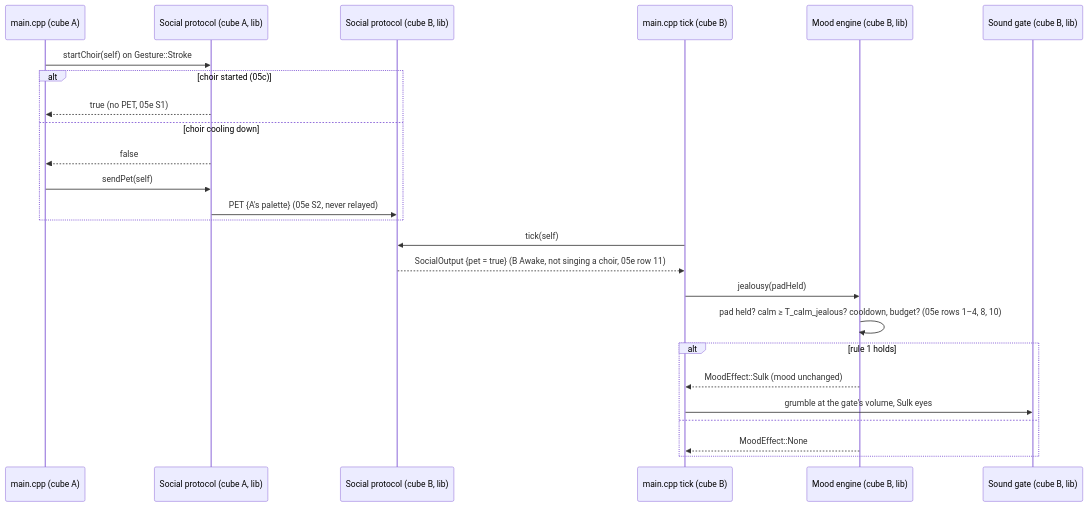
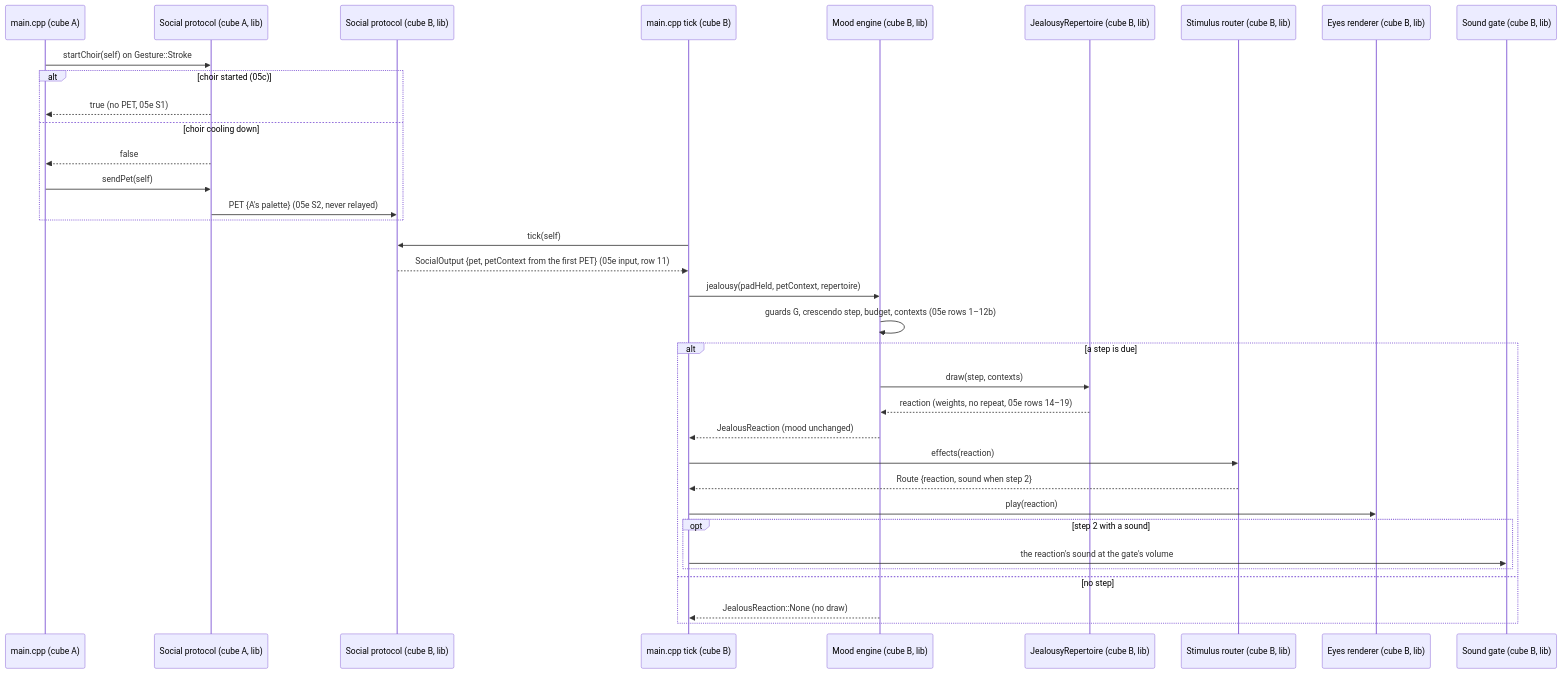
One commit to benoit-bremaud/cubbies changed the diagram in docs/architecture/diagrams/social-group/02e-sequence-jealousy.md. Above: the diagram before and after it, drawn with Mermaid. The commit also changed other lines of this file and 11 other files, not shown here.

First line of the commit message:
docs(social): G6a jealousy PDR with a context-driven repertoire (#86)

````diff
--- a/docs/architecture/diagrams/social-group/02e-sequence-jealousy.md
+++ b/docs/architecture/diagrams/social-group/02e-sequence-jealousy.md
@@ -18,28 +22,38 @@
 ```mermaid
 sequenceDiagram
   participant MA as main.cpp (cube A)
   participant SA as Social protocol (cube A, lib)
   participant SB as Social protocol (cube B, lib)
   participant MainB as main.cpp tick (cube B)
   participant MB as Mood engine (cube B, lib)
+  participant Rep as JealousyRepertoire (cube B, lib)
+  participant Router as Stimulus router (cube B, lib)
+  participant Eyes as Eyes renderer (cube B, lib)
   participant Gate as Sound gate (cube B, lib)
 
   MA->>SA: startChoir(self) on Gesture::Stroke
   alt choir started (05c)
     SA-->>MA: true (no PET, 05e S1)
   else choir cooling down
     SA-->>MA: false
     MA->>SA: sendPet(self)
     SA->>SB: PET {A's palette} (05e S2, never relayed)
   end
   MainB->>SB: tick(self)
-  SB-->>MainB: SocialOutput {pet = true} (B Awake, not singing a choir, 05e row 11)
-  MainB->>MB: jealousy(padHeld)
-  MB->>MB: pad held? calm ≥ T_calm_jealous? cooldown, budget? (05e rows 1–4, 8, 10)
-  alt rule 1 holds
-    MB-->>MainB: MoodEffect::Sulk (mood unchanged)
-    MainB->>Gate: grumble at the gate's volume, Sulk eyes
-  else
-    MB-->>MainB: MoodEffect::None
+  SB-->>MainB: SocialOutput {pet, petContext from the first PET} (05e input, row 11)
+  MainB->>MB: jealousy(padHeld, petContext, repertoire)
+  MB->>MB: guards G, crescendo step, budget, contexts (05e rows 1–12b)
+  alt a step is due
+    MB->>Rep: draw(step, contexts)
+    Rep-->>MB: reaction (weights, no repeat, 05e rows 14–19)
+    MB-->>MainB: JealousReaction (mood unchanged)
+    MainB->>Router: effects(reaction)
+    Router-->>MainB: Route {reaction, sound when step 2}
+    MainB->>Eyes: play(reaction)
+    opt step 2 with a sound
+      MainB->>Gate: the reaction's sound at the gate's volume
+    end
+  else no step
+    MB-->>MainB: JealousReaction::None (no draw)
   end
 ```
````
